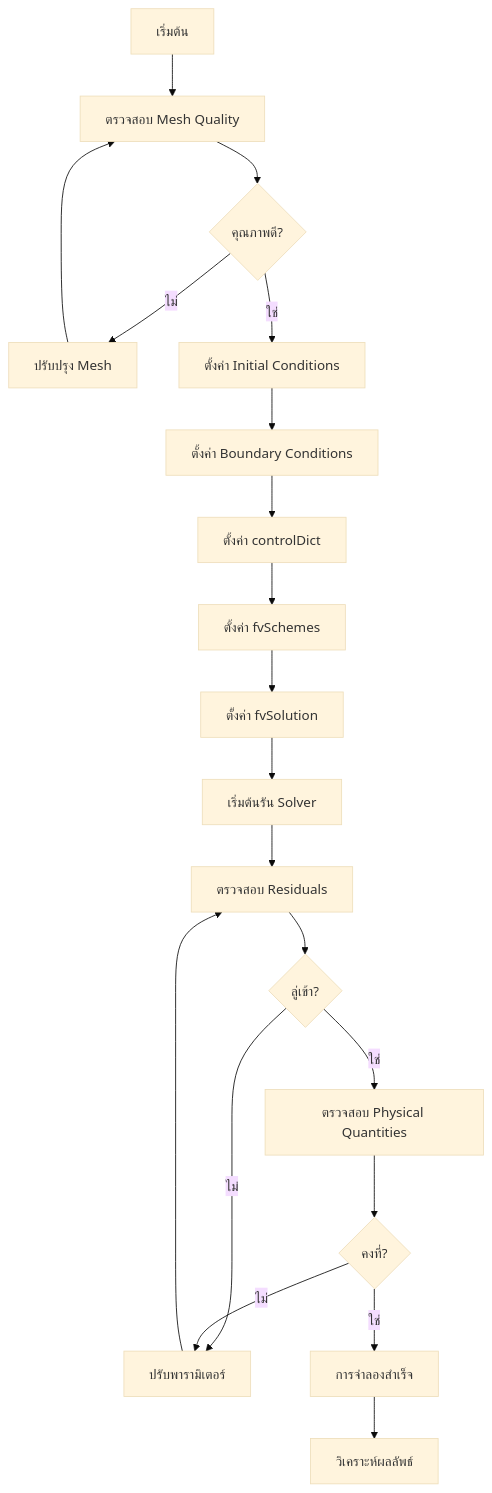
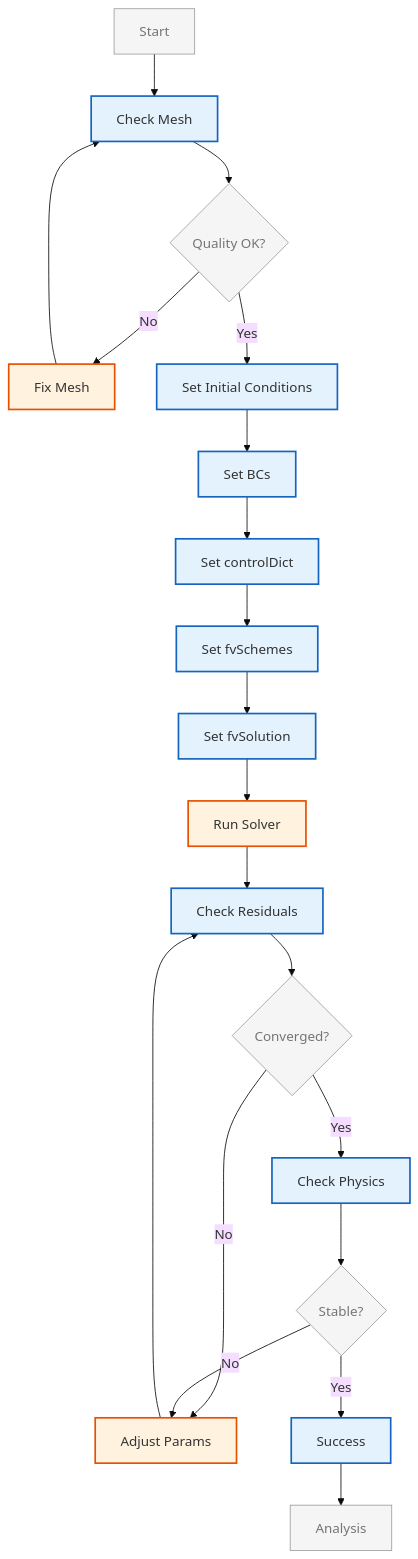
The diagram in MODULE_03_SINGLE_PHASE_FLOW/CONTENT/01_INCOMPRESSIBLE_FLOW_SOLVERS/03_Simulation_Control.md (wramet/build-my-cfd), drawn with Mermaid (base theme) before and after one commit. The commit also changed 313 other files, not shown here.

Commit message:
Revise all diagram

````diff
--- a/MODULE_03_SINGLE_PHASE_FLOW/CONTENT/01_INCOMPRESSIBLE_FLOW_SOLVERS/03_Simulation_Control.md
+++ b/MODULE_03_SINGLE_PHASE_FLOW/CONTENT/01_INCOMPRESSIBLE_FLOW_SOLVERS/03_Simulation_Control.md
@@ -558,22 +558,27 @@
 ```mermaid
 flowchart TD
-    A[เริ่มต้น] --> B[ตรวจสอบ Mesh Quality]
-    B --> C{คุณภาพดี?}
-    C -->|ไม่| D[ปรับปรุง Mesh]
-    D --> B
-    C -->|ใช่| E[ตั้งค่า Initial Conditions]
-    E --> F[ตั้งค่า Boundary Conditions]
-    F --> G[ตั้งค่า controlDict]
-    G --> H[ตั้งค่า fvSchemes]
-    H --> I[ตั้งค่า fvSolution]
-    I --> J[เริ่มต้นรัน Solver]
-    J --> K[ตรวจสอบ Residuals]
-    K --> L{ลู่เข้า?}
-    L -->|ไม่| M[ปรับพารามิเตอร์]
-    M --> K
-    L -->|ใช่| N[ตรวจสอบ Physical Quantities]
-    N --> O{คงที่?}
-    O -->|ไม่| M
-    O -->|ใช่| P[การจำลองสำเร็จ]
-    P --> Q[วิเคราะห์ผลลัพธ์]
+%% Classes
+classDef explicit fill:#fff3e0,stroke:#e65100,stroke-width:2px;
+classDef implicit fill:#e3f2fd,stroke:#1565c0,stroke-width:2px;
+classDef context fill:#f5f5f5,stroke:#9e9e9e,stroke-width:1px,color:#757575;
+%% Nodes
+A[Start]:::context --> B[Check Mesh]:::implicit
+B --> C{Quality OK?}:::context
+C -->|No| D[Fix Mesh]:::explicit
+D --> B
+C -->|Yes| E[Set Initial Conditions]:::implicit
+E --> F[Set BCs]:::implicit
+F --> G[Set controlDict]:::implicit
+G --> H[Set fvSchemes]:::implicit
+H --> I[Set fvSolution]:::implicit
+I --> J[Run Solver]:::explicit
+J --> K[Check Residuals]:::implicit
+K --> L{Converged?}:::context
+L -->|No| M[Adjust Params]:::explicit
+M --> K
+L -->|Yes| N[Check Physics]:::implicit
+N --> O{Stable?}:::context
+O -->|No| M
+O -->|Yes| P[Success]:::implicit
+P --> Q[Analysis]:::context
 ```
````
